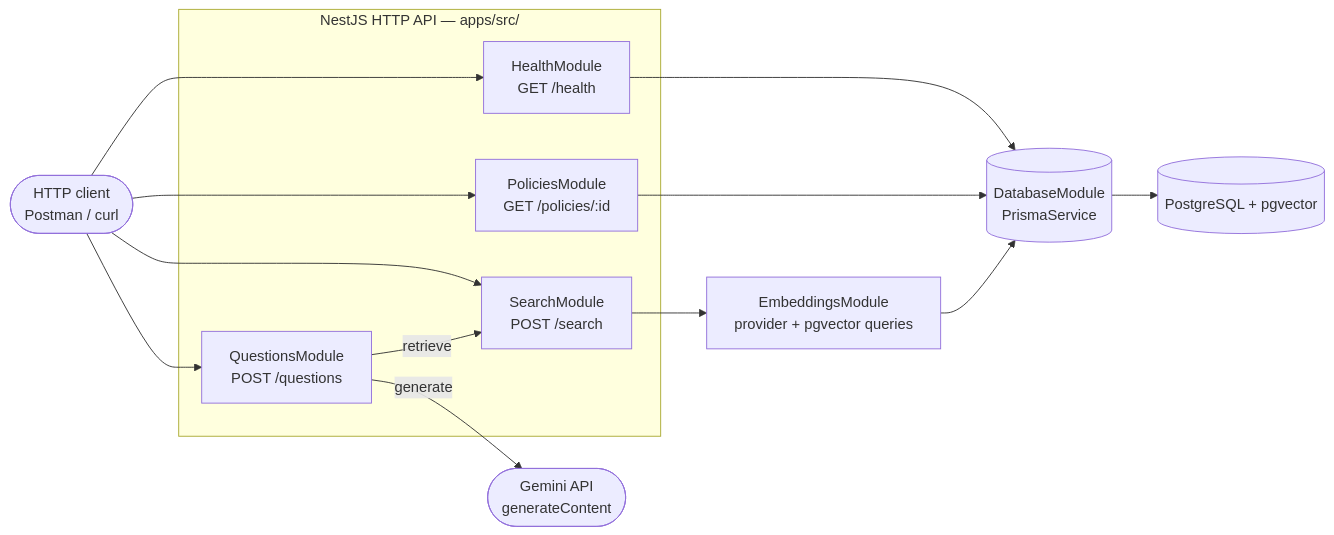
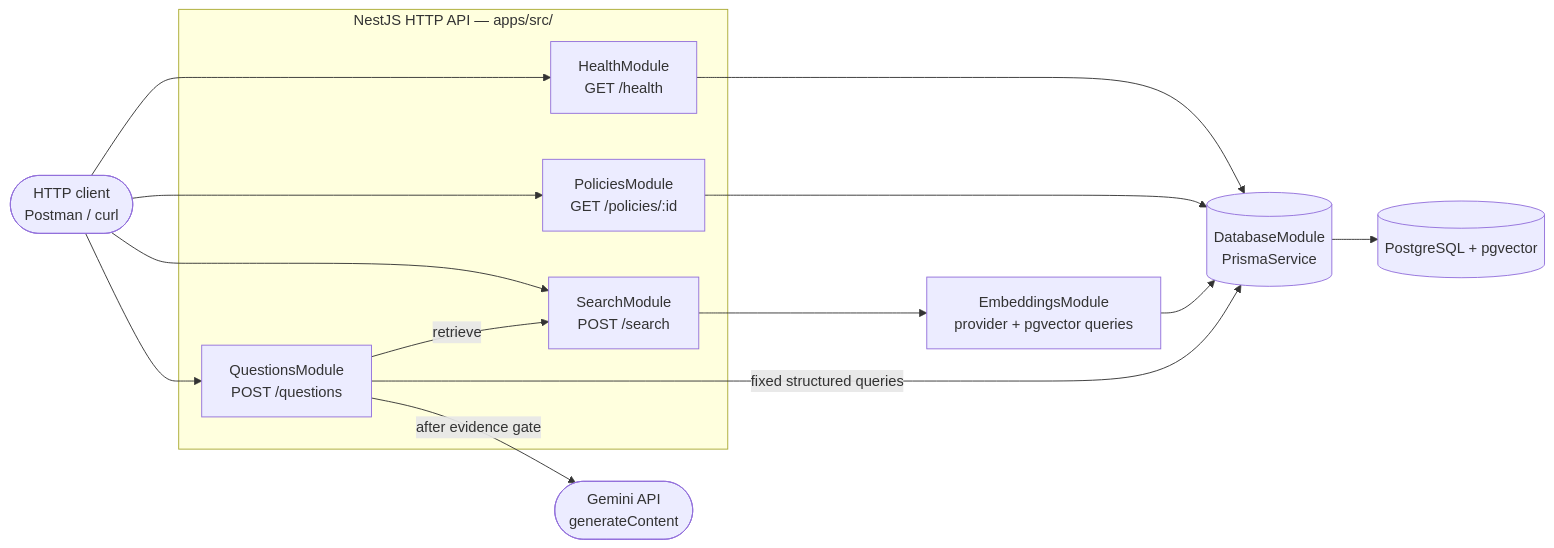
One commit to Finie/svgacme-enterprise-rag changed the second of 2 diagrams in README.md. Above: the diagram before and after it, drawn with Mermaid. The commit also changed other lines of this file and 25 other files, not shown here.

````diff
--- a/README.md
+++ b/README.md
@@ -48,28 +49,29 @@
 ```mermaid
 flowchart LR
     client(["HTTP client<br/>Postman / curl"])
 
     subgraph api["NestJS HTTP API — apps/src/"]
         health["HealthModule<br/>GET /health"]
         policies["PoliciesModule<br/>GET /policies/:id"]
         search["SearchModule<br/>POST /search"]
         questions["QuestionsModule<br/>POST /questions"]
     end
 
     embeddings["EmbeddingsModule<br/>provider + pgvector queries"]
     database[("DatabaseModule<br/>PrismaService")]
     postgres[("PostgreSQL + pgvector")]
     gemini(["Gemini API<br/>generateContent"])
 
     client --> health
     client --> policies
     client --> search
     client --> questions
     health --> database
     policies --> database
     search --> embeddings
     questions -->|retrieve| search
-    questions -->|generate| gemini
+    questions -->|fixed structured queries| database
+    questions -->|after evidence gate| gemini
     embeddings --> database
     database --> postgres
 ```
````
